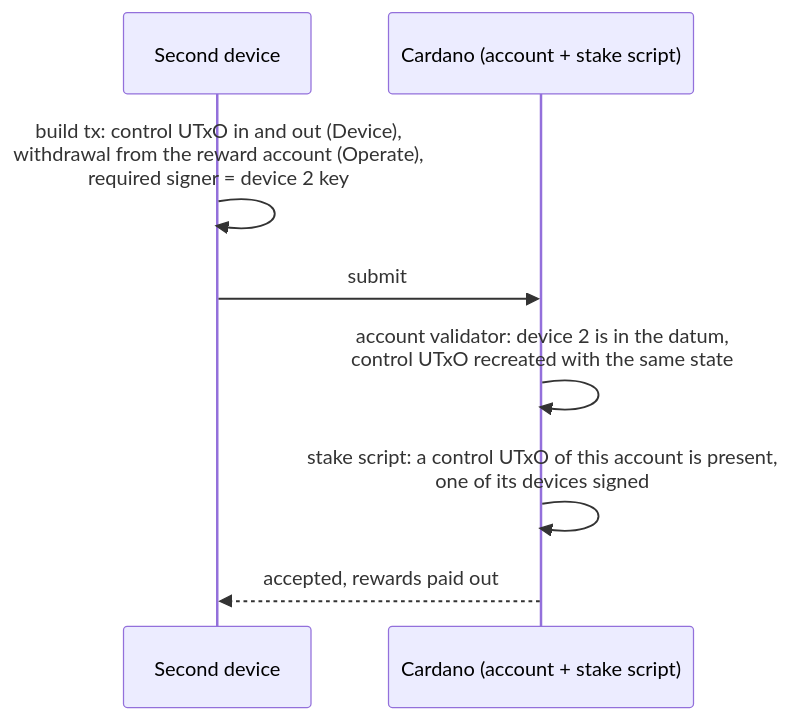
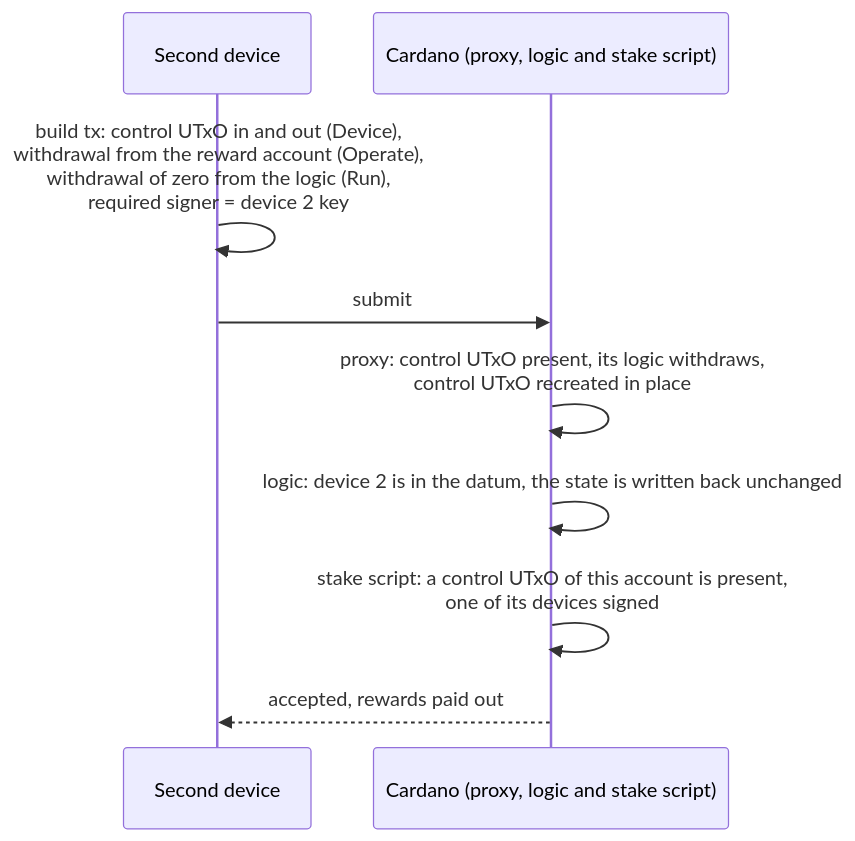
One commit to Biglup/cardano-account-custody-contract changed the third of 7 diagrams in README.md. Above: the diagram before and after it, drawn with Mermaid. The commit also changed other lines of this file and 1 other file, not shown here.

First line of the commit message:
docs: describe the proxy and logic model and the upgrade path

````diff
--- a/README.md
+++ b/README.md
@@ -108,11 +148,12 @@
 ```mermaid
 sequenceDiagram
     participant D2 as Second device
-    participant Chain as Cardano (account + stake script)
+    participant Chain as Cardano (proxy, logic and stake script)
 
-    D2->>D2: build tx: control UTxO in and out (Device),<br/>withdrawal from the reward account (Operate),<br/>required signer = device 2 key
+    D2->>D2: build tx: control UTxO in and out (Device),<br/>withdrawal from the reward account (Operate),<br/>withdrawal of zero from the logic (Run),<br/>required signer = device 2 key
     D2->>Chain: submit
-    Chain->>Chain: account validator: device 2 is in the datum,<br/>control UTxO recreated with the same state
+    Chain->>Chain: proxy: control UTxO present, its logic withdraws,<br/>control UTxO recreated in place
+    Chain->>Chain: logic: device 2 is in the datum, the state is written back unchanged
     Chain->>Chain: stake script: a control UTxO of this account is present,<br/>one of its devices signed
     Chain-->>D2: accepted, rewards paid out
 ```
````
